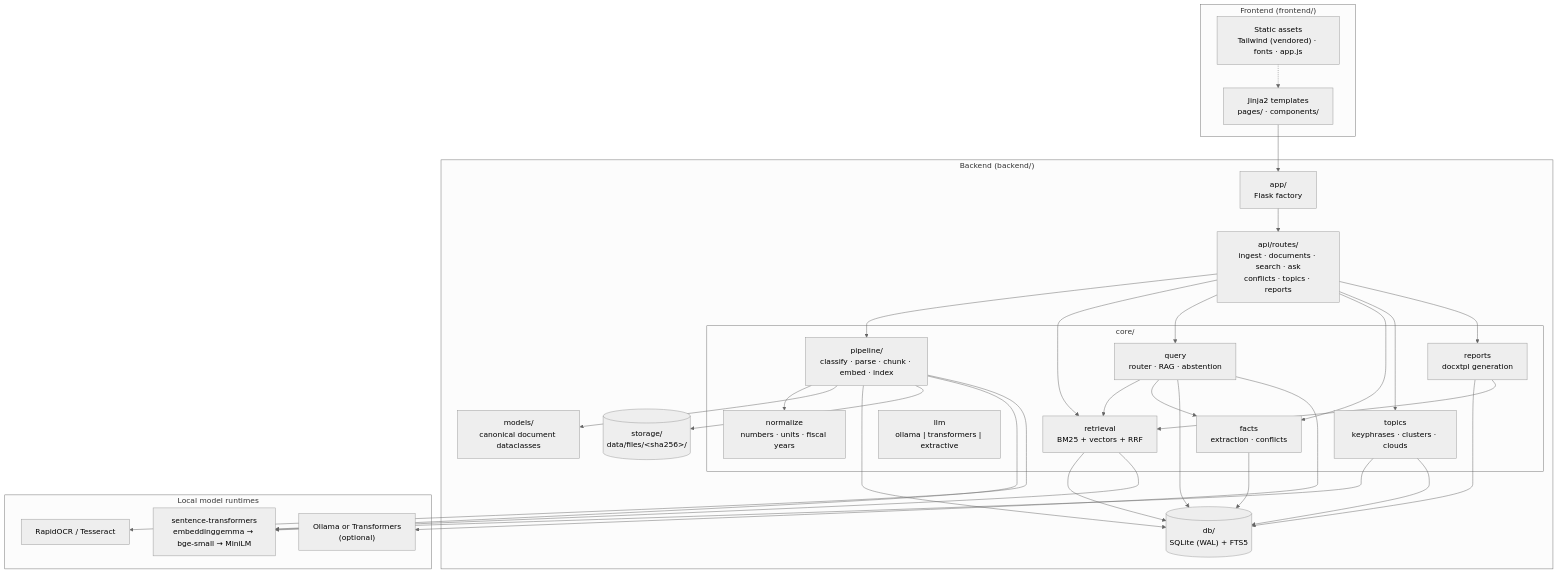
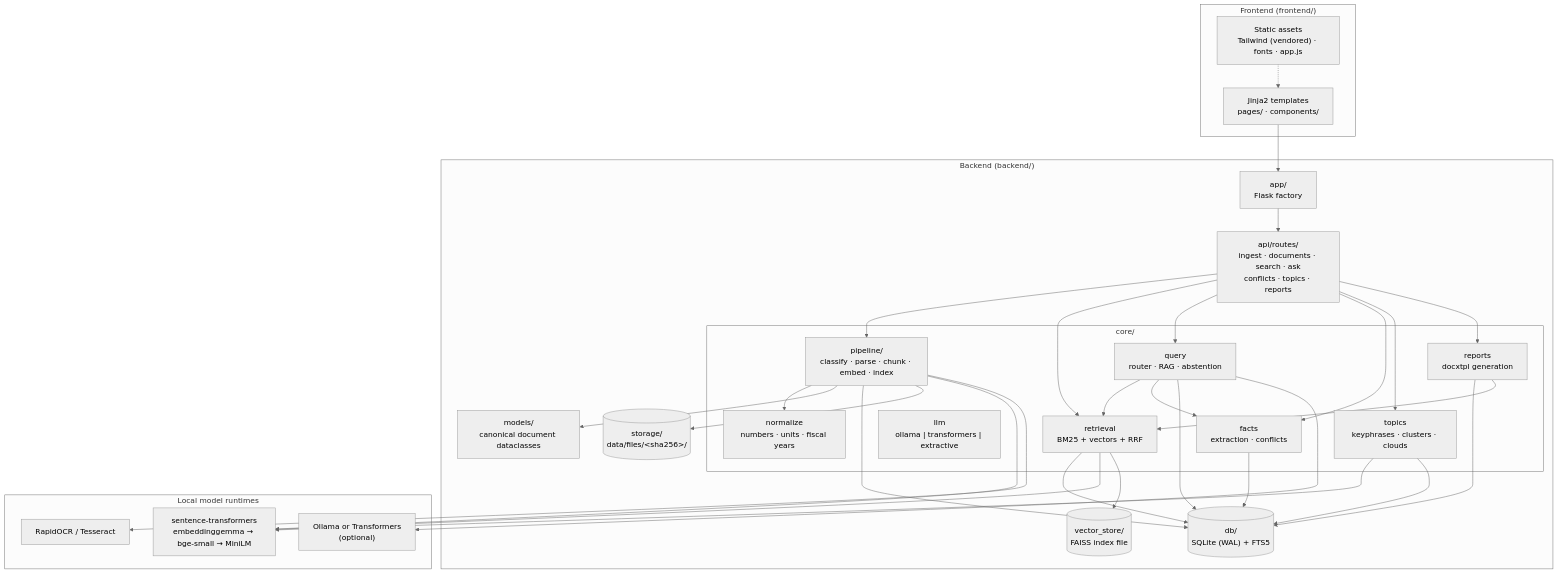
Before and after one commit to SpreadSheets600/CMPDI-Intelligence: the first of 5 diagrams in ARCHITECTURE.md, drawn with Mermaid (neutral theme). The commit also changed other lines of this file and 30 other files, not shown here.

````diff
--- a/ARCHITECTURE.md
+++ b/ARCHITECTURE.md
@@ -10,60 +10,62 @@
 ```mermaid
 flowchart TB
     subgraph frontend["Frontend (frontend/)"]
         T["Jinja2 templates<br/>pages/ · components/"]
         S["Static assets<br/>Tailwind (vendored) · fonts · app.js"]
     end
 
     subgraph backend["Backend (backend/)"]
         APP["app/<br/>Flask factory"]
         API["api/routes/<br/>ingest · documents · search · ask<br/>conflicts · topics · reports"]
 
         subgraph core["core/"]
             PIPE["pipeline/<br/>classify · parse · chunk · embed · index"]
             RET["retrieval<br/>BM25 + vectors + RRF"]
             FACTS["facts<br/>extraction · conflicts"]
             QUERY["query<br/>router · RAG · abstention"]
             LLM["llm<br/>ollama | transformers | extractive"]
             TOPICS["topics<br/>keyphrases · clusters · clouds"]
             REPORTS["reports<br/>docxtpl generation"]
             NORM["normalize<br/>numbers · units · fiscal years"]
         end
 
         DB[("db/<br/>SQLite (WAL) + FTS5")]
+        FAISSI[("vector_store/<br/>FAISS index file")]
         STORE[("storage/<br/>data/files/&lt;sha256&gt;/")]
         MODELS["models/<br/>canonical document dataclasses"]
     end
 
     subgraph local["Local model runtimes"]
         EMB["sentence-transformers<br/>embeddinggemma → bge-small → MiniLM"]
         OCR["RapidOCR / Tesseract"]
         GEN["Ollama or Transformers<br/>(optional)"]
     end
 
     T --> APP
     S -.-> T
     APP --> API
     API --> PIPE
     API --> RET
     API --> QUERY
     API --> FACTS
     API --> TOPICS
     API --> REPORTS
     PIPE --> NORM
     PIPE --> MODELS
     PIPE --> DB
     PIPE --> STORE
     PIPE --> EMB
     PIPE --> OCR
     RET --> DB
     RET --> EMB
+    RET --> FAISSI
     FACTS --> DB
     QUERY --> RET
     QUERY --> FACTS
     QUERY --> DB
     QUERY --> GEN
     REPORTS --> DB
     REPORTS --> RET
     TOPICS --> EMB
     TOPICS --> DB
 ```
````
